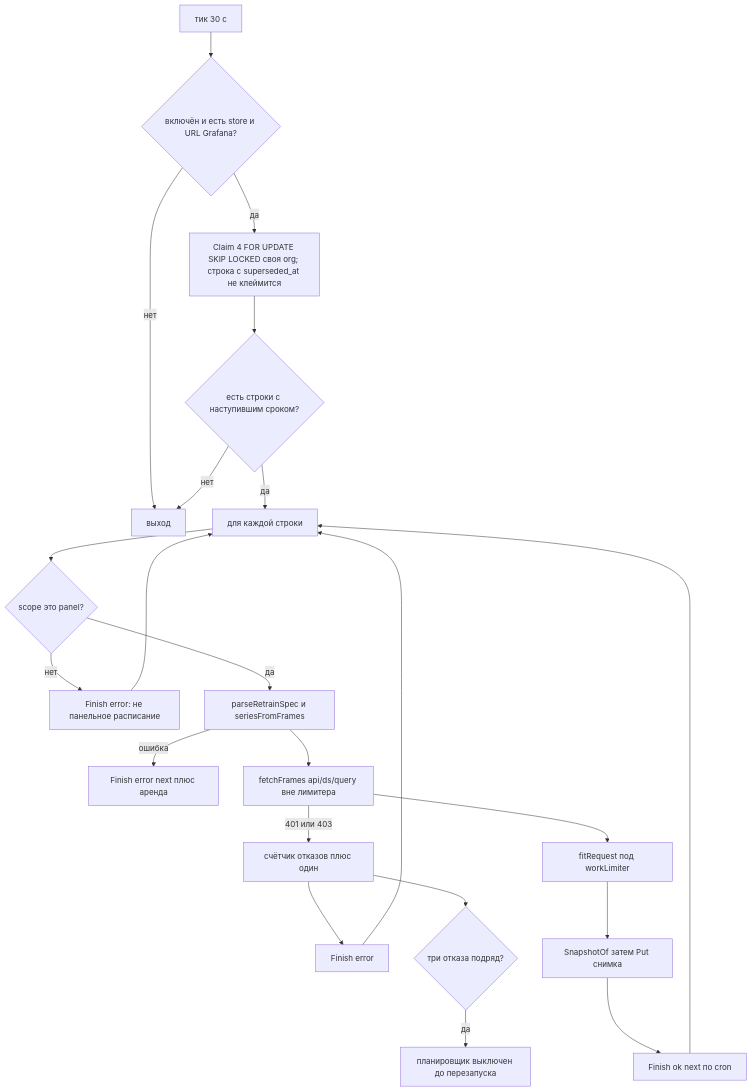
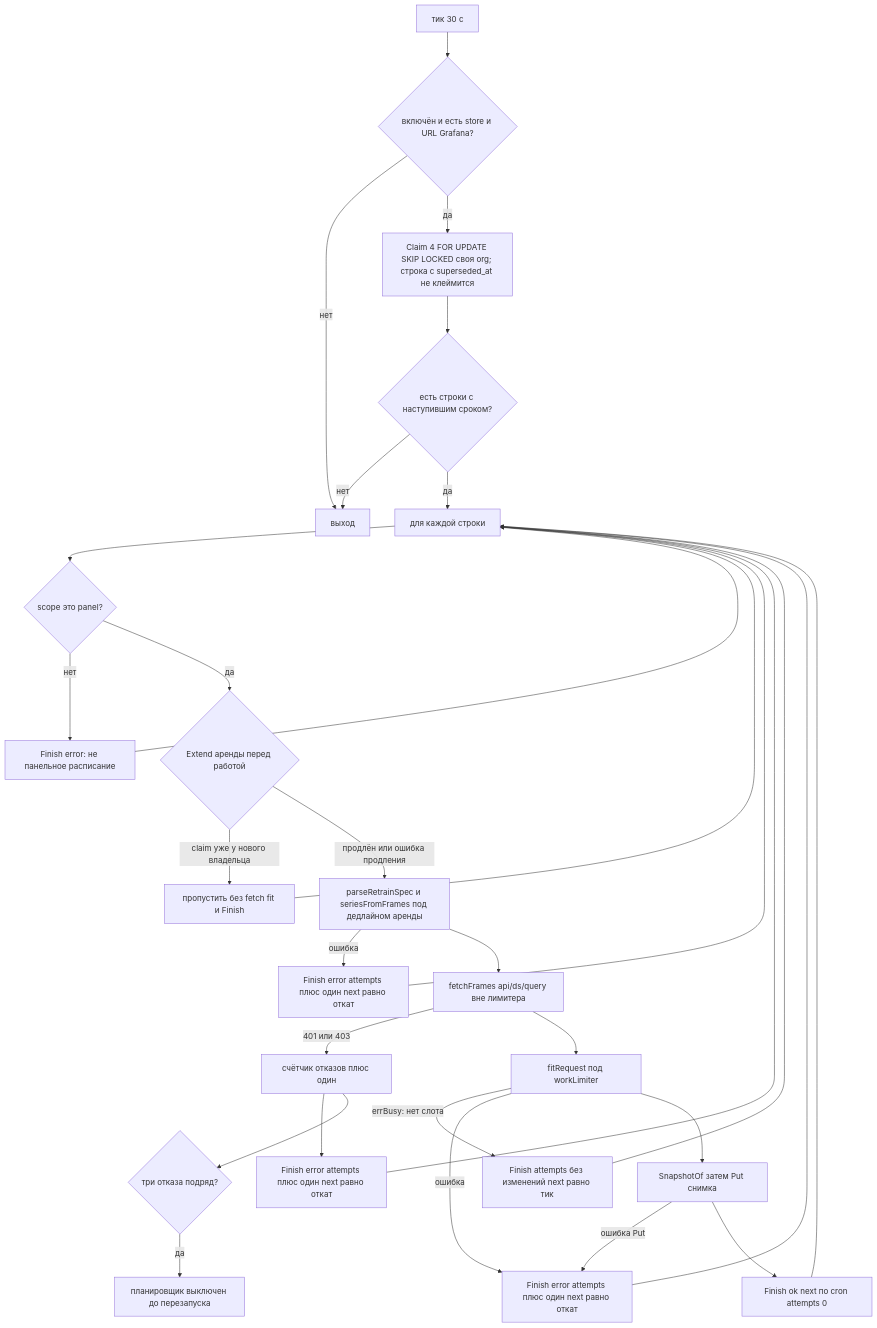
One commit to eduard-kolotushin/timeseries-grafana changed the first of 2 diagrams in diagrams/13-retrain-scheduler.md. Above: the diagram before and after it, drawn with Mermaid. The commit also changed other lines of this file and 8 other files, not shown here.

````diff
--- a/diagrams/13-retrain-scheduler.md
+++ b/diagrams/13-retrain-scheduler.md
@@ -35,24 +39,33 @@
 ```mermaid
 flowchart TD
   T["тик 30 с"] --> On{"включён и есть store и URL Grafana?"}
   On -->|нет| Off["выход"]
   On -->|да| Claim["Claim 4 FOR UPDATE SKIP LOCKED своя org; строка с superseded_at не клеймится"]
   Claim --> Any{"есть строки с наступившим сроком?"}
   Any -->|нет| Off
   Any -->|да| Loop["для каждой строки"]
   Loop --> Scope{"scope это panel?"}
   Scope -->|нет| Fin0["Finish error: не панельное расписание"]
-  Scope -->|да| Parse["parseRetrainSpec и seriesFromFrames"]
-  Parse -->|ошибка| Fin1["Finish error next плюс аренда"]
+  Scope -->|да| Extend{"Extend аренды перед работой"}
+  Extend -->|claim уже у нового владельца| Lost["пропустить без fetch fit и Finish"]
+  Extend -->|продлён или ошибка продления| Parse["parseRetrainSpec и seriesFromFrames под дедлайном аренды"]
+  Parse -->|ошибка| Fin1["Finish error attempts плюс один next равно откат"]
   Parse --> Fetch["fetchFrames api/ds/query вне лимитера"]
   Fetch -->|401 или 403| Auth["счётчик отказов плюс один"]
-  Auth --> Fin2["Finish error"]
+  Auth --> Fin2["Finish error attempts плюс один next равно откат"]
   Fetch --> Fit["fitRequest под workLimiter"]
+  Fit -->|"errBusy: нет слота"| Busy["Finish attempts без изменений next равно тик"]
+  Fit -->|ошибка| Fin4["Finish error attempts плюс один next равно откат"]
   Fit --> Snap["SnapshotOf затем Put снимка"]
-  Snap --> Fin3["Finish ok next по cron"]
+  Snap -->|ошибка Put| Fin4
+  Snap --> Fin3["Finish ok next по cron attempts 0"]
   Fin3 --> Loop
+  Fin4 --> Loop
+  Busy --> Loop
   Fin2 --> Loop
+  Fin1 --> Loop
   Fin0 --> Loop
+  Lost --> Loop
   Auth --> Dis{"три отказа подряд?"}
   Dis -->|да| Stop["планировщик выключен до перезапуска"]
 ```
````
